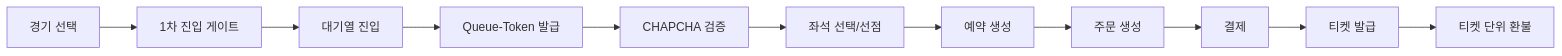
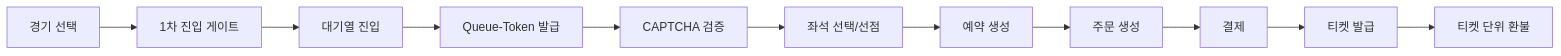
Before and after one commit to Back-To-Back-team-3/re-seat: the second of 2 diagrams in README.md, drawn with Mermaid. The commit also changed other lines of this file, not shown here.

````diff
--- a/README.md
+++ b/README.md
@@ -190,13 +190,13 @@
 ```mermaid
 flowchart LR
     Game[경기 선택] --> OneEntryGate[1차 진입 게이트]
     OneEntryGate --> Queue[대기열 진입]
     Queue --> Token[Queue-Token 발급]
-    Token --> Chapcha[CHAPCHA 검증]
-    Chapcha --> Seat[좌석 선택/선점]
+    Token --> Captcha[CAPTCHA 검증]
+    Captcha --> Seat[좌석 선택/선점]
     Seat --> Reservation[예약 생성]
     Reservation --> Order[주문 생성]
     Order --> Payment[결제]
     Payment --> Ticket[티켓 발급]
     Ticket --> Refund[티켓 단위 환불]
 ```
````
